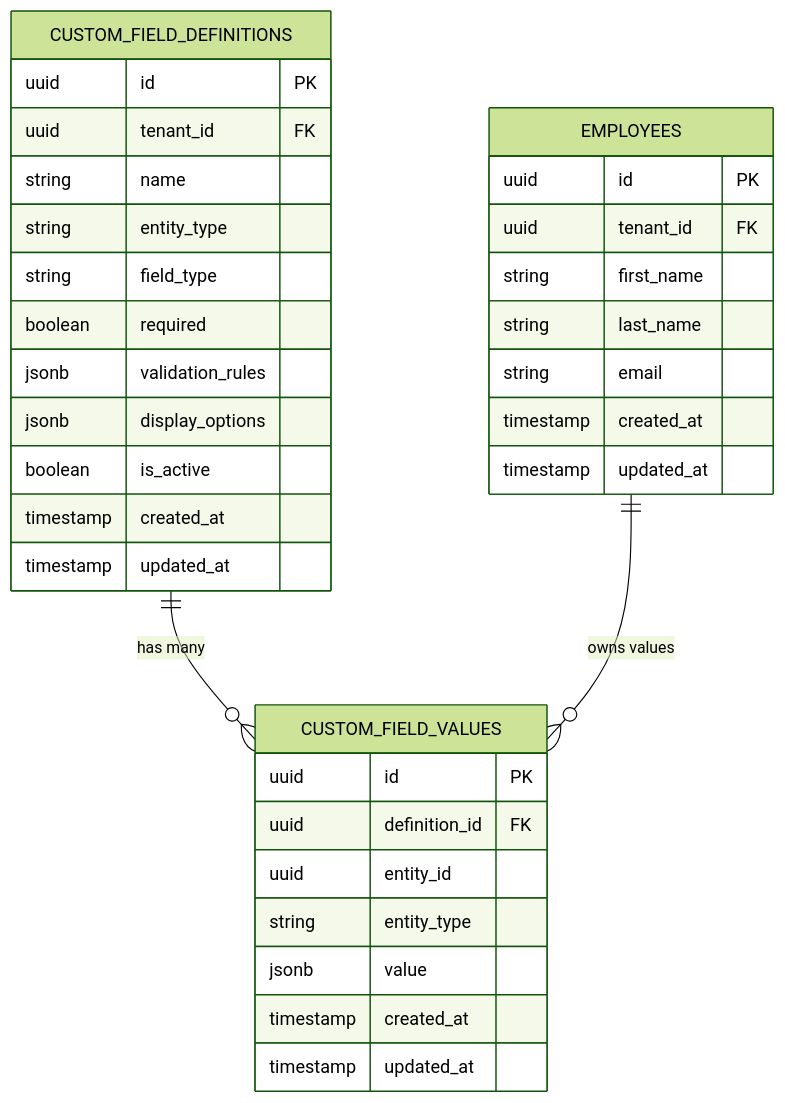
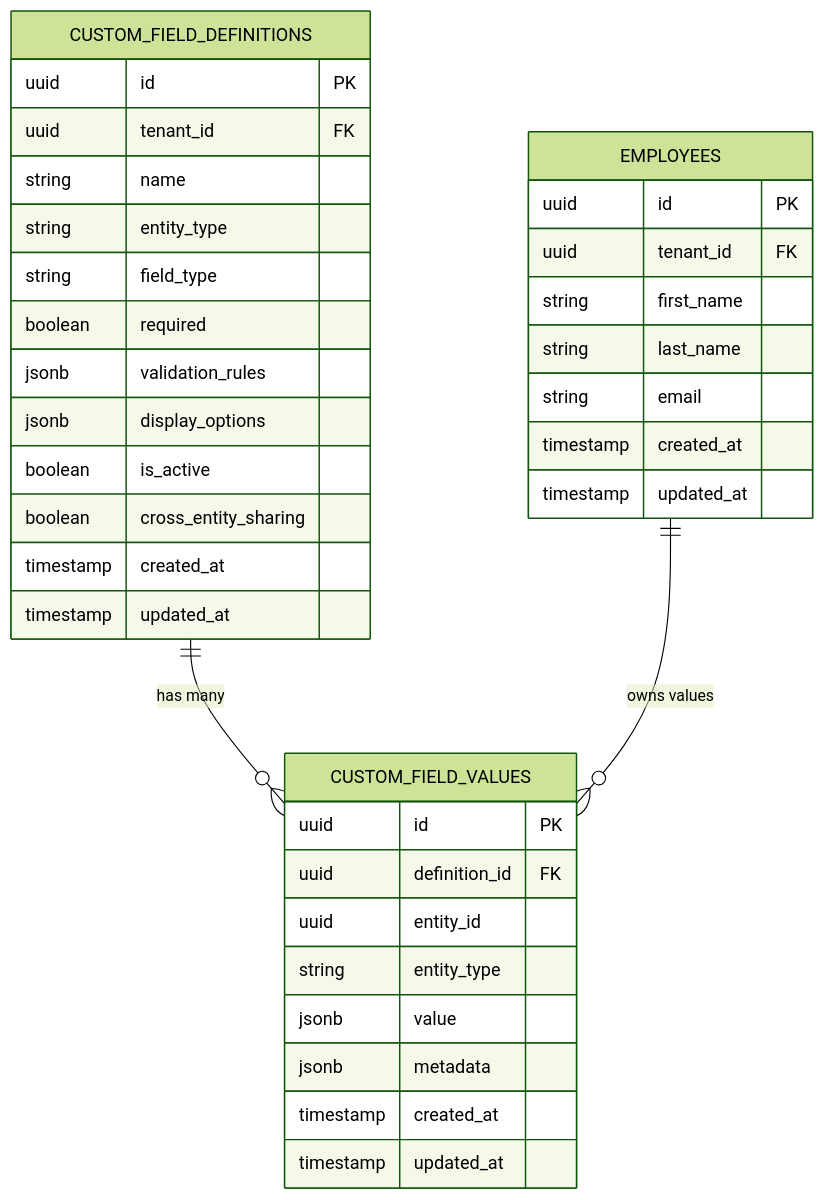
Before and after one commit to EdwinCycling/LiquidHR: the fifth of 6 diagrams in .qoder/repowiki/en/content/Advanced Features/Custom Fields System/Custom Fields System.md, drawn with Mermaid (forest theme). The commit also changed other lines of this file and 26 other files, not shown here.

````diff
--- a/.qoder/repowiki/en/content/Advanced Features/Custom Fields System/Custom Fields System.md
+++ b/.qoder/repowiki/en/content/Advanced Features/Custom Fields System/Custom Fields System.md
@@ -204,36 +233,38 @@
 ```mermaid
 erDiagram
 CUSTOM_FIELD_DEFINITIONS {
 uuid id PK
 uuid tenant_id FK
 string name
 string entity_type
 string field_type
 boolean required
 jsonb validation_rules
 jsonb display_options
 boolean is_active
+boolean cross_entity_sharing
 timestamp created_at
 timestamp updated_at
 }
 CUSTOM_FIELD_VALUES {
 uuid id PK
 uuid definition_id FK
 uuid entity_id
 string entity_type
 jsonb value
+jsonb metadata
 timestamp created_at
 timestamp updated_at
 }
 EMPLOYEES {
 uuid id PK
 uuid tenant_id FK
 string first_name
 string last_name
 string email
 timestamp created_at
 timestamp updated_at
 }
 CUSTOM_FIELD_DEFINITIONS ||--o{ CUSTOM_FIELD_VALUES : "has many"
 EMPLOYEES ||--o{ CUSTOM_FIELD_VALUES : "owns values"
 ```
````
